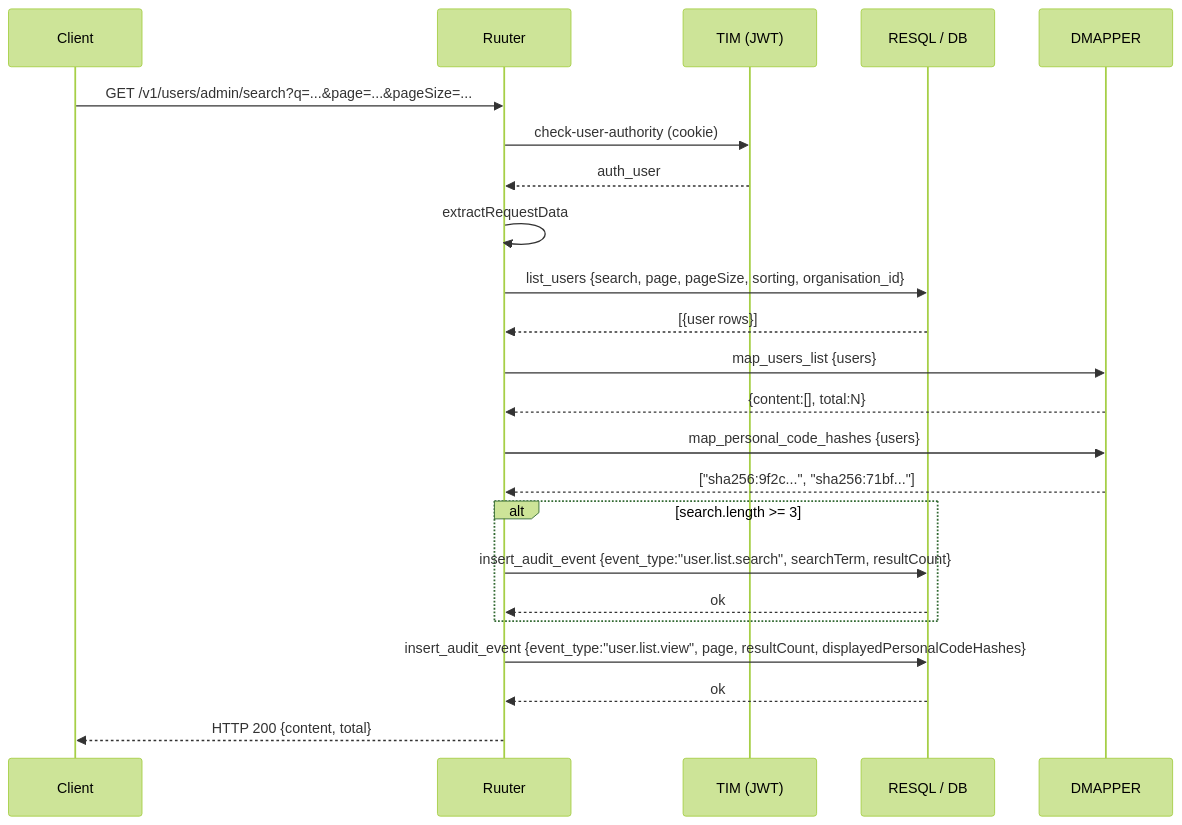
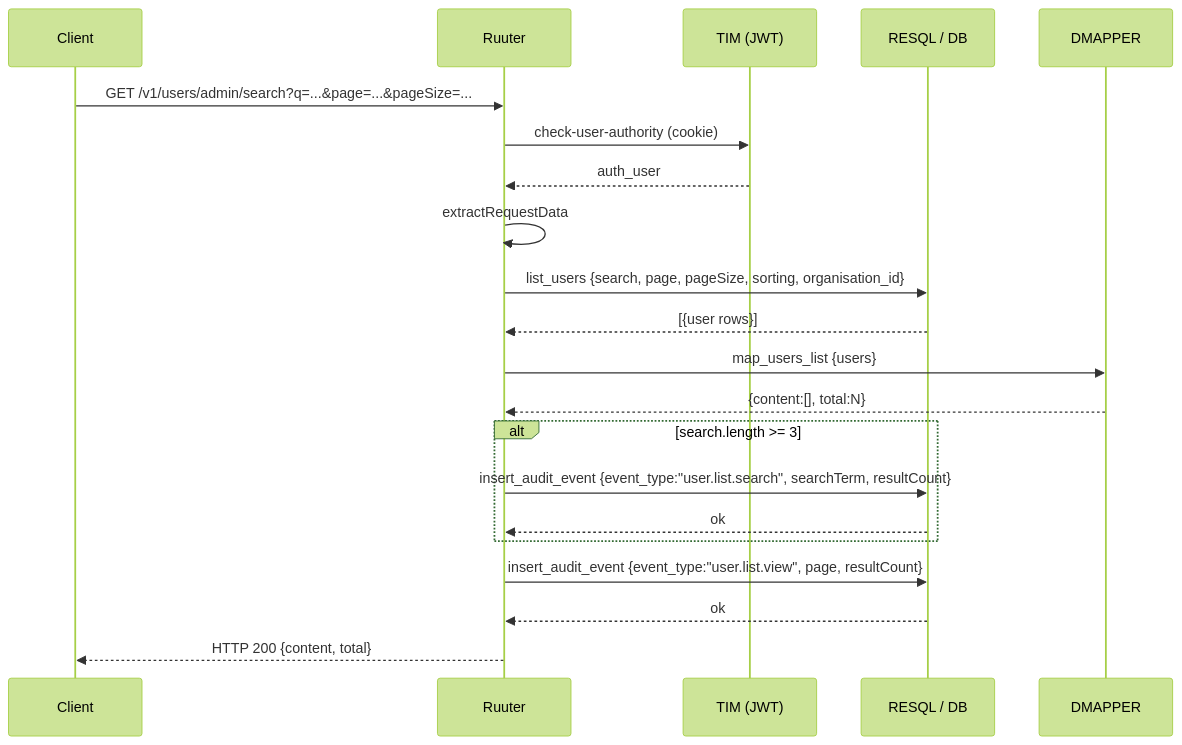
The second of 4 diagrams in docs/audit-logging.md (kemit-ee/ljvis-2), drawn with Mermaid (forest theme) before and after one commit. The commit also changed other lines of this file, not shown here.

Commit message:
docs: align audit-logging.md with actual implementation (id/created_at, trigger, no trace fields)

````diff
--- a/docs/audit-logging.md
+++ b/docs/audit-logging.md
@@ -203,26 +201,24 @@
 ```mermaid
 sequenceDiagram
     participant K as Client
     participant R as Ruuter
     participant T as TIM (JWT)
     participant DB as RESQL / DB
     participant DM as DMAPPER
 
     K->>R: GET /v1/users/admin/search?q=...&page=...&pageSize=...
     R->>T: check-user-authority (cookie)
     T-->>R: auth_user
     R->>R: extractRequestData
     R->>DB: list_users {search, page, pageSize, sorting, organisation_id}
     DB-->>R: [{user rows}]
     R->>DM: map_users_list {users}
     DM-->>R: {content:[], total:N}
-    R->>DM: map_personal_code_hashes {users}
-    DM-->>R: ["sha256:9f2c...", "sha256:71bf..."]
     alt search.length >= 3
         R->>DB: insert_audit_event {event_type:"user.list.search", searchTerm, resultCount}
         DB-->>R: ok
     end
-    R->>DB: insert_audit_event {event_type:"user.list.view", page, resultCount, displayedPersonalCodeHashes}
+    R->>DB: insert_audit_event {event_type:"user.list.view", page, resultCount}
     DB-->>R: ok
     R-->>K: HTTP 200 {content, total}
 ```
````
